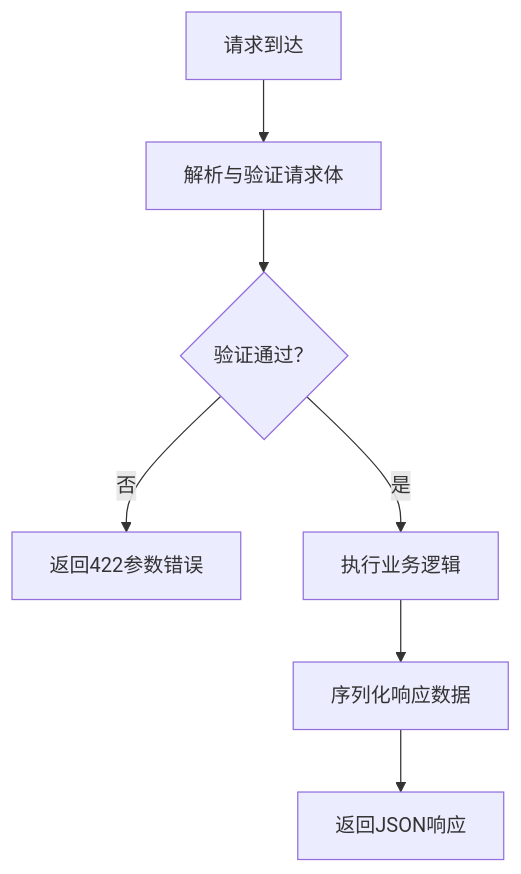
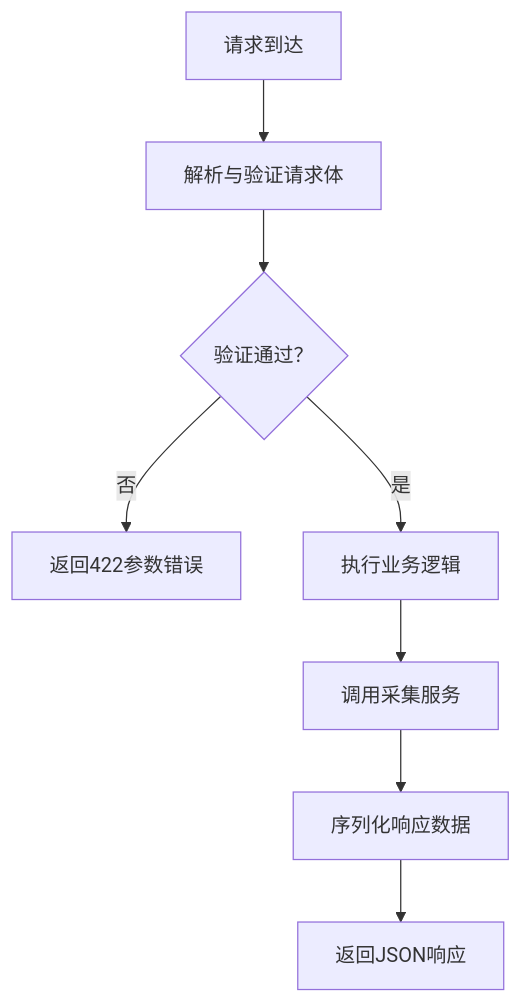
One commit to dream-ze/AI_huoke- changed the seventh of 9 diagrams in .qoder/repowiki/zh/content/后端服务架构/API路由系统.md. Above: the diagram before and after it, drawn with Mermaid. The commit also changed other lines of this file and 52 other files, not shown here.

````diff
--- a/.qoder/repowiki/zh/content/后端服务架构/API路由系统.md
+++ b/.qoder/repowiki/zh/content/后端服务架构/API路由系统.md
@@ -252,9 +314,10 @@
 ```mermaid
 flowchart TD
 Req["请求到达"] --> Parse["解析与验证请求体"]
 Parse --> Valid{"验证通过？"}
 Valid -- 否 --> Err["返回422参数错误"]
 Valid -- 是 --> Biz["执行业务逻辑"]
-Biz --> Serialize["序列化响应数据"]
+Biz --> Service["调用采集服务"]
+Service --> Serialize["序列化响应数据"]
 Serialize --> Resp["返回JSON响应"]
 ```
````
